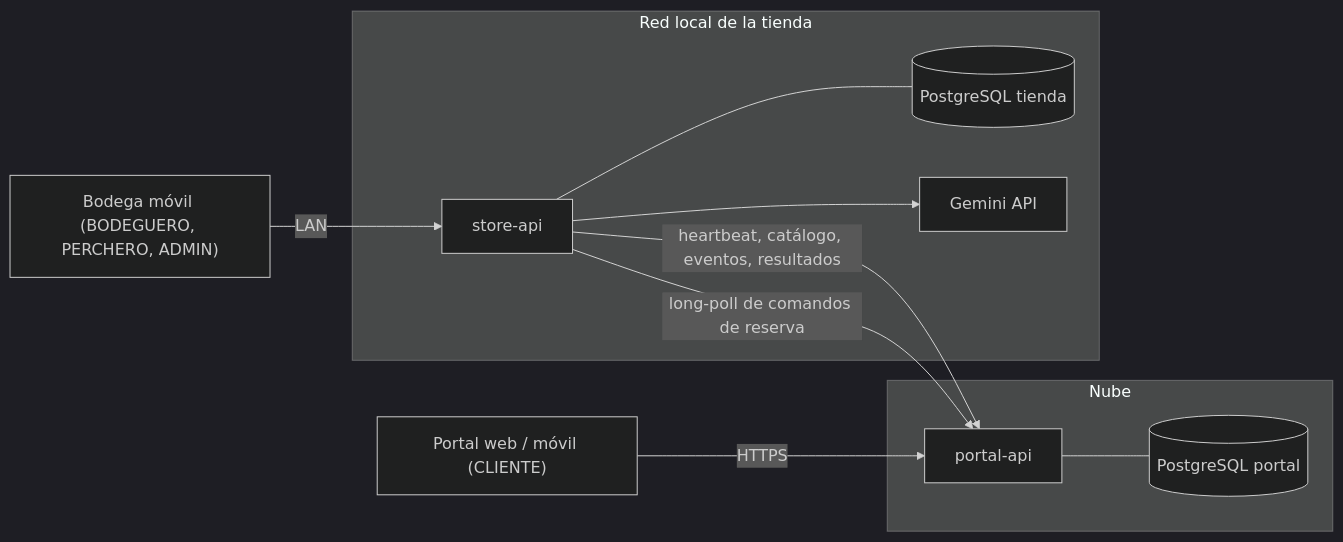
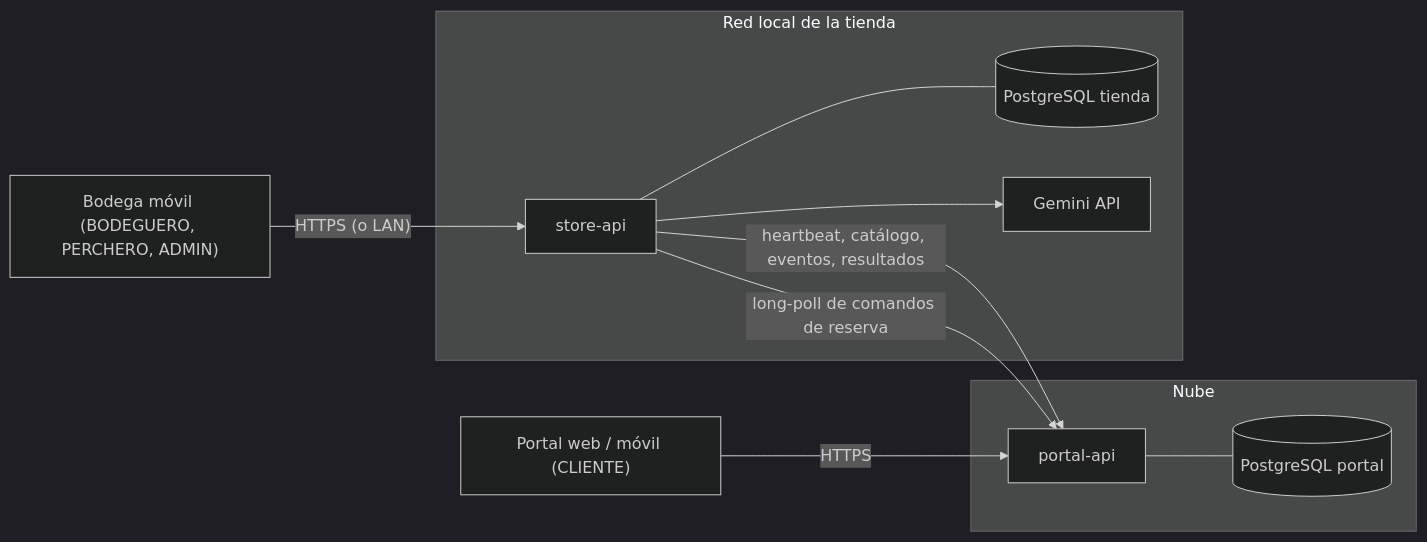
Before and after one commit to kiramman-mp3/EcosistemaKaren: the second of 2 diagrams in architecture.md, drawn with Mermaid (dark theme). The commit also changed 5 other files, not shown here.

````diff
--- a/architecture.md
+++ b/architecture.md
@@ -97,17 +97,17 @@
 ```mermaid
 graph LR
     Cliente["Portal web / móvil (CLIENTE)"] -->|HTTPS| Portal
-    Trabajador["Bodega móvil (BODEGUERO, PERCHERO, ADMIN)"] -->|LAN| Store
+    Trabajador["Bodega móvil (BODEGUERO, PERCHERO, ADMIN)"] -->|"HTTPS (o LAN)"| Store
 
     subgraph Nube
         Portal["portal-api"] --- PortalDB[("PostgreSQL portal")]
     end
 
     subgraph Tienda ["Red local de la tienda"]
         Store["store-api"] --- StoreDB[("PostgreSQL tienda")]
         Store --> Gemini["Gemini API"]
     end
 
     Store -->|"heartbeat, catálogo, eventos, resultados"| Portal
     Store -->|"long-poll de comandos de reserva"| Portal
 ```
````
